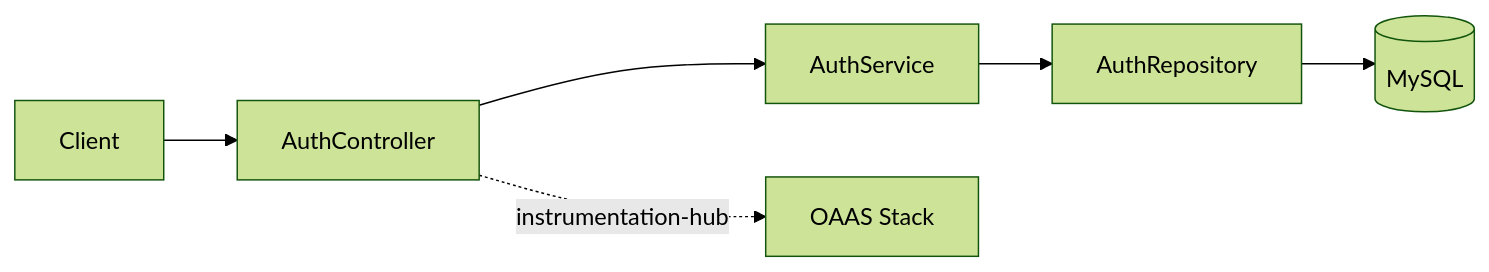
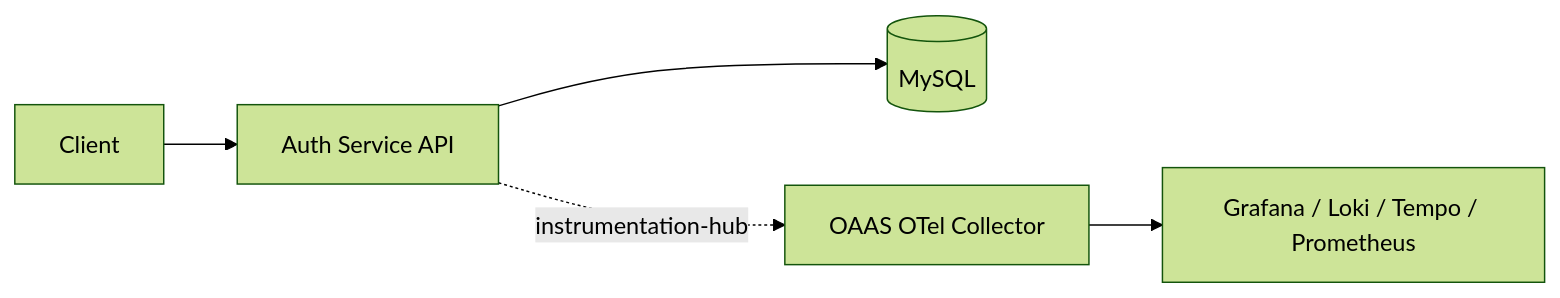
One commit to vyavasthita/auth-service changed the diagram in README.md. Above: the diagram before and after it, drawn with Mermaid (forest theme). The commit also changed other lines of this file, not shown here.

````diff
--- a/README.md
+++ b/README.md
@@ -86,8 +10,7 @@
 ```mermaid
 flowchart LR
-    Client --> AuthController
-    AuthController --> AuthService
-    AuthService --> AuthRepository
-    AuthRepository --> MySQL[(MySQL)]
-    AuthController -.->|instrumentation-hub| OAAS[OAAS Stack]
+    Client --> FastAPI[Auth Service API]
+    FastAPI --> MySQL[(MySQL)]
+    FastAPI -.->|instrumentation-hub| Collector[OAAS OTel Collector]
+    Collector --> Grafana[Grafana / Loki / Tempo / Prometheus]
 ```
````
